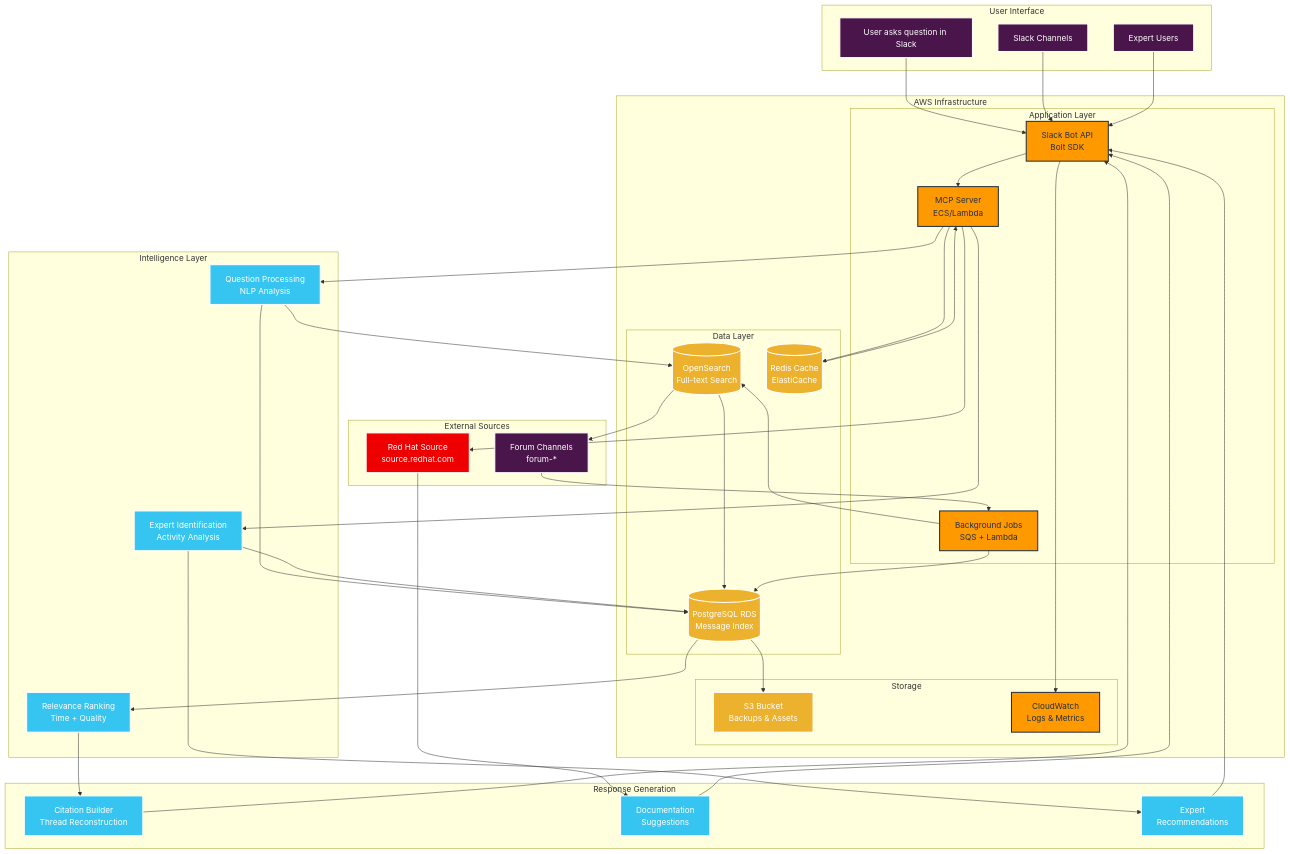
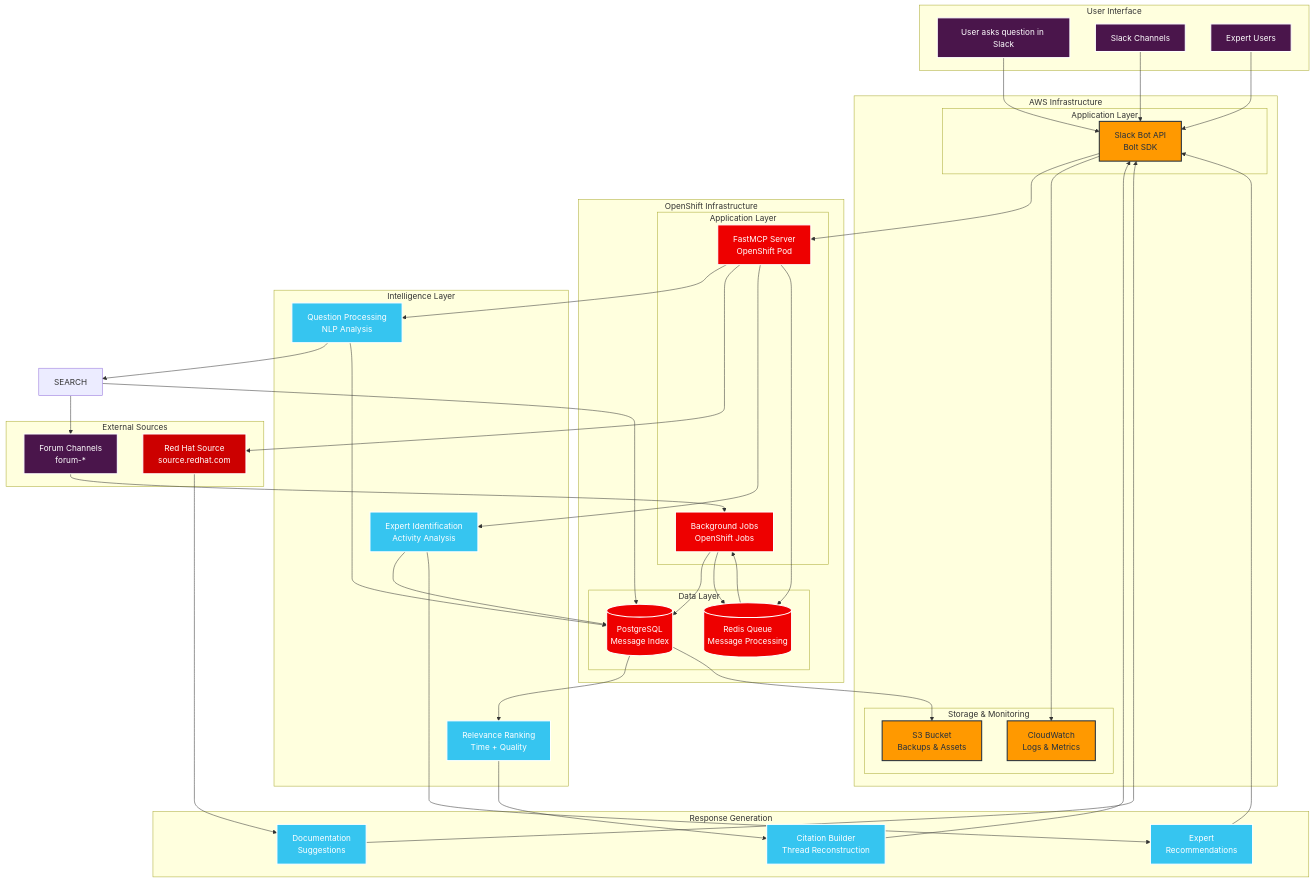
Before and after one commit to jianrongzhang89/slackchatbot: the first of 2 diagrams in project_proposal.md, drawn with Mermaid. The commit also changed other lines of this file, not shown here.

````diff
--- a/project_proposal.md
+++ b/project_proposal.md
@@ -142,20 +142,24 @@
     
     subgraph "AWS Infrastructure"
         subgraph "Application Layer"
-            MCP[MCP Server<br/>ECS/Lambda]
             API[Slack Bot API<br/>Bolt SDK]
-            BG[Background Jobs<br/>SQS + Lambda]
+        end
+        
+        subgraph "Storage & Monitoring"
+            S3[S3 Bucket<br/>Backups & Assets]
+            CW[CloudWatch<br/>Logs & Metrics]
+        end
+    end
+    
+    subgraph "OpenShift Infrastructure"
+        subgraph "Application Layer"
+            MCP[FastMCP Server<br/>OpenShift Pod]
+            BG[Background Jobs<br/>OpenShift Jobs]
         end
         
         subgraph "Data Layer"
-            DB[(PostgreSQL RDS<br/>Message Index)]
-            SEARCH[(OpenSearch<br/>Full-text Search)]
-            CACHE[(Redis Cache<br/>ElastiCache)]
-        end
-        
-        subgraph "Storage"
-            S3[S3 Bucket<br/>Backups & Assets]
-            CW[CloudWatch<br/>Logs & Metrics]
+            DB[(PostgreSQL<br/>Message Index)]
+            CACHE[(Redis Queue<br/>Message Processing)]
         end
     end
     
@@ -208,30 +212,31 @@
     %% Background Processing
     FORUM --> BG
     BG --> DB
-    BG --> SEARCH
+    BG --> CACHE
     
     %% Analytics & Feedback
     API --> CW
     S --> API
     E --> API
     
-    %% Caching
-    CACHE --> MCP
+    %% Message Queue Processing
     MCP --> CACHE
+    CACHE --> BG
     
     %% Backup
     DB --> S3
     
     %% Styling
     classDef aws fill:#FF9900,stroke:#232F3E,stroke-width:2px,color:#232F3E
+    classDef openshift fill:#EE0000,stroke:#fff,stroke-width:2px,color:#fff
     classDef slack fill:#4A154B,stroke:#fff,stroke-width:2px,color:#fff
-    classDef external fill:#EE0000,stroke:#fff,stroke-width:2px,color:#fff
+    classDef external fill:#CC0000,stroke:#fff,stroke-width:2px,color:#fff
     classDef process fill:#36C5F0,stroke:#fff,stroke-width:2px,color:#fff
     classDef storage fill:#ECB22E,stroke:#fff,stroke-width:2px,color:#fff
     
-    class MCP,API,BG,DB,SEARCH,CACHE,S3,CW aws
+    class API,S3,CW aws
+    class MCP,BG,DB,CACHE openshift
     class U,S,E,FORUM slack
     class RH external
     class NLP,EXPERT,RANK,CITE,DOC,MENTION process
-    class DB,SEARCH,CACHE,S3 storage
 ```
````
